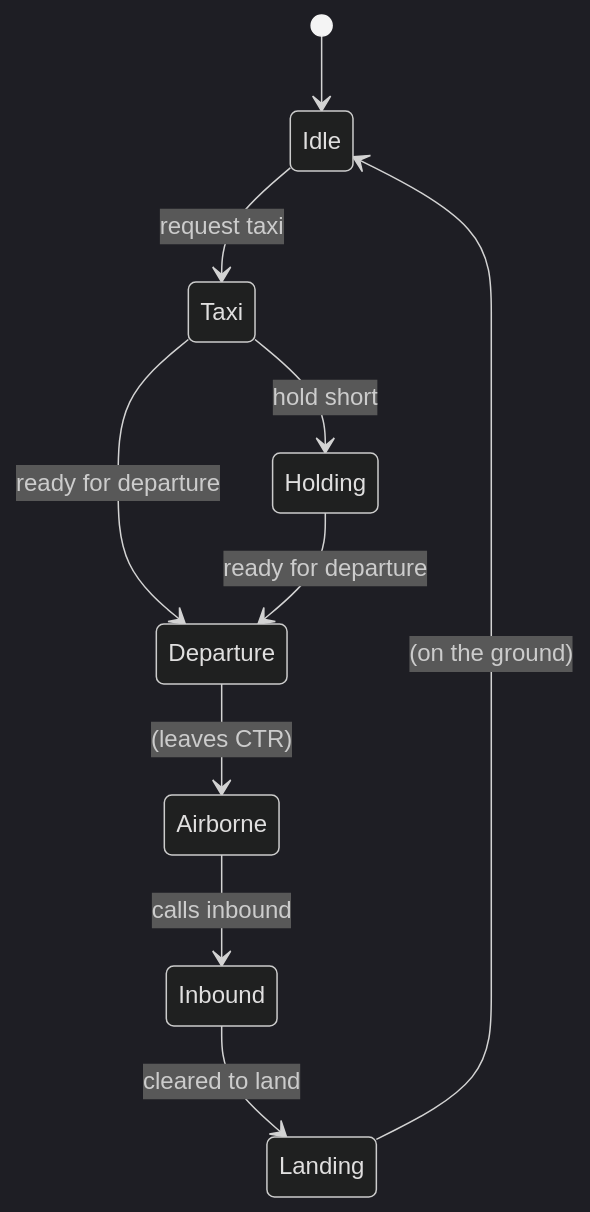
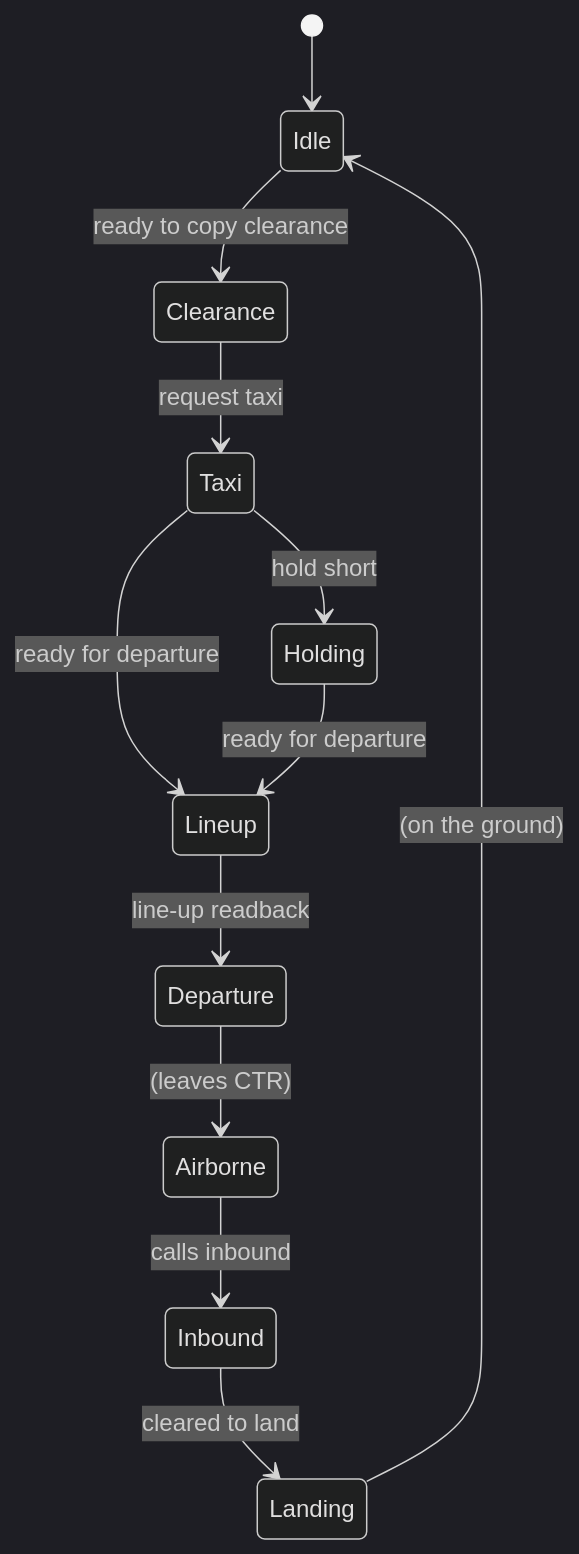
Before and after one commit to GruffyPuffy/dcs-atc: the diagram in ATC.md, drawn with Mermaid (dark theme). The commit also changed other lines of this file and 11 other files, not shown here.

````diff
--- a/ATC.md
+++ b/ATC.md
@@ -196,12 +256,14 @@
 ```mermaid
 stateDiagram-v2
     [*] --> Idle
-    Idle --> Taxi: request taxi
+    Idle --> Clearance: ready to copy clearance
+    Clearance --> Taxi: request taxi
     Taxi --> Holding: hold short
-    Taxi --> Departure: ready for departure
-    Holding --> Departure: ready for departure
+    Taxi --> Lineup: ready for departure
+    Holding --> Lineup: ready for departure
+    Lineup --> Departure: line-up readback
     Departure --> Airborne: (leaves CTR)
     Airborne --> Inbound: calls inbound
     Inbound --> Landing: cleared to land
     Landing --> Idle: (on the ground)
 ```
````
